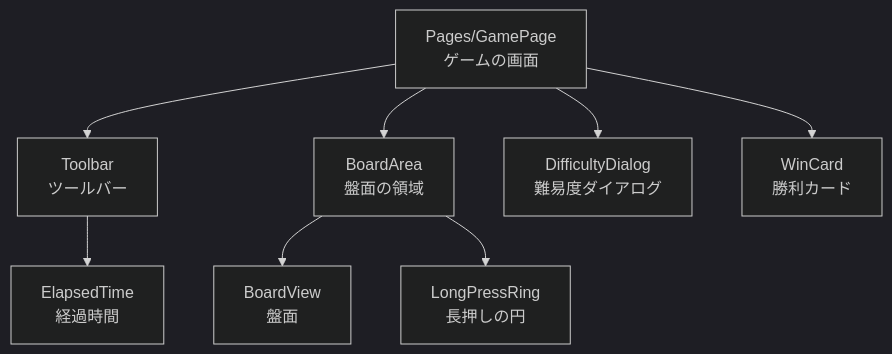
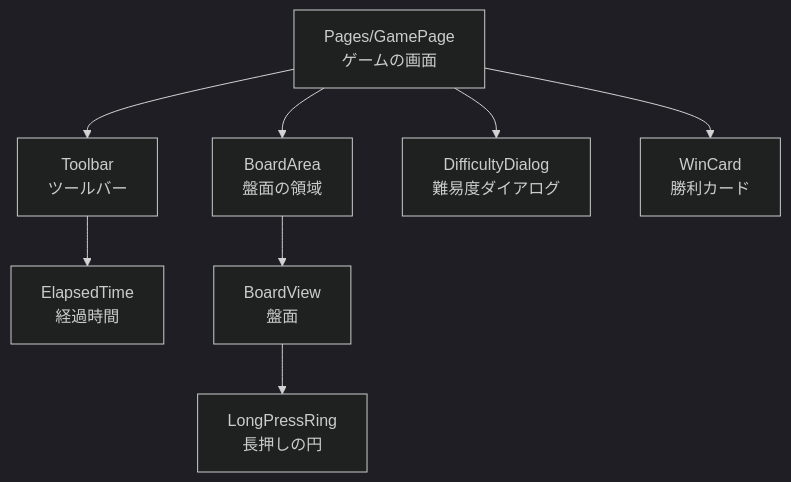
One commit to Fujiwo/Shos.Minesweeper changed the fourth of 10 diagrams in docs/04-architecture.md. Above: the diagram before and after it, drawn with Mermaid (dark theme). The commit also changed other lines of this file and 5 other files, not shown here.

````diff
--- a/docs/04-architecture.md
+++ b/docs/04-architecture.md
@@ -181,11 +186,11 @@
 ```mermaid
 flowchart TB
     GamePage["Pages/GamePage<br/>ゲームの画面"]
     GamePage --> Toolbar["Toolbar<br/>ツールバー"]
     Toolbar --> ElapsedTime["ElapsedTime<br/>経過時間"]
     GamePage --> BoardArea["BoardArea<br/>盤面の領域"]
     BoardArea --> BoardView["BoardView<br/>盤面"]
-    BoardArea --> LongPressRing["LongPressRing<br/>長押しの円"]
+    BoardView --> LongPressRing["LongPressRing<br/>長押しの円"]
     GamePage --> DifficultyDialog["DifficultyDialog<br/>難易度ダイアログ"]
     GamePage --> WinCard["WinCard<br/>勝利カード"]
 ```
````
